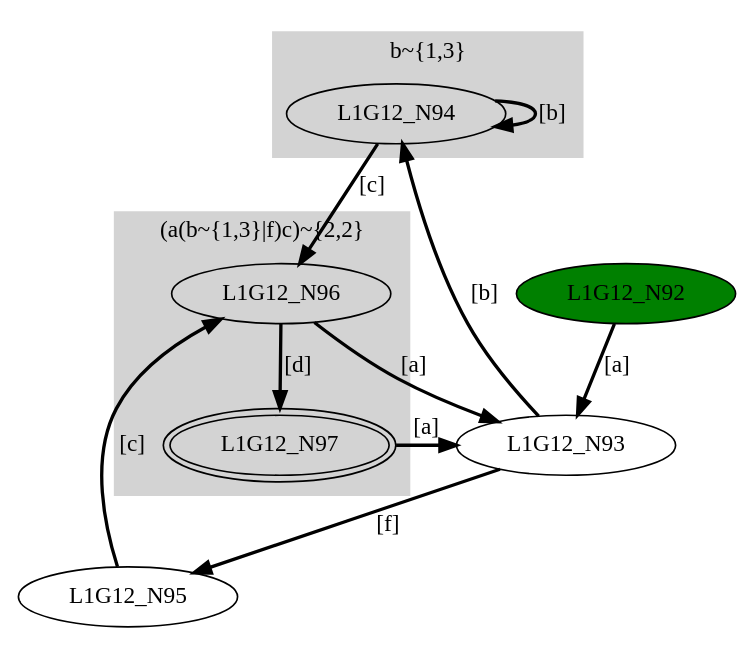
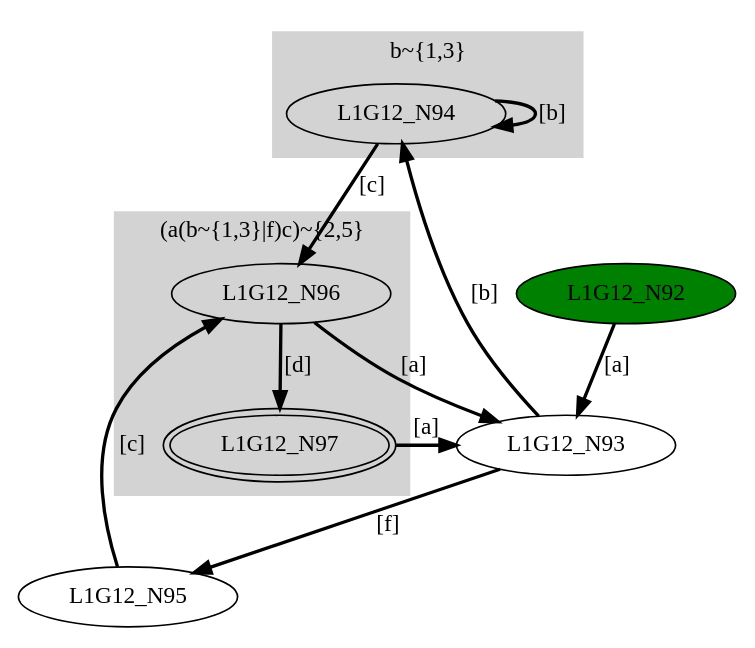
Before and after one commit to GDimitroulakos/EDUFLEX: the diagram in DFASimulator/Testbench/mergeDFA1.dot, drawn with Graphviz. The commit also changed 21 other files, not shown here.

```diff
--- a/DFASimulator/Testbench/mergeDFA1.dot
+++ b/DFASimulator/Testbench/mergeDFA1.dot
@@ -1,29 +1,29 @@
 digraph G12{
 	subgraph cluster0 {
 		node [style=filled];
 		style=filled;
 		color=lightgrey;
 		label ="b~{1,3}";
 		L1G12_N94;
 	}	subgraph cluster1 {
 		node [style=filled];
 		style=filled;
 		color=lightgrey;
-		label ="(a(b~{1,3}|f)c)~{2,2}";
+		label ="(a(b~{1,3}|f)c)~{2,5}";
 		L1G12_N96;L1G12_N97;
 	}"L1G12_N92" [style=filled,fillcolor=green];
 "L1G12_N93";
 "L1G12_N94";
 "L1G12_N95";
 "L1G12_N96";
 "L1G12_N97" [peripheries=2];
 "L1G12_N92"->"L1G12_N93" [style = bold, label = "[a]"];
 "L1G12_N93"->"L1G12_N94" [style = bold, label = "[b]"];
 "L1G12_N93"->"L1G12_N95" [style = bold, label = "[f]"];
 "L1G12_N94"->"L1G12_N94" [style = bold, label = "[b]"];
 "L1G12_N94"->"L1G12_N96" [style = bold, label = "[c]"];
 "L1G12_N95"->"L1G12_N96" [style = bold, label = "[c]"];
 "L1G12_N96"->"L1G12_N93" [style = bold, label = "[a]"];
 "L1G12_N96"->"L1G12_N97" [style = bold, label = "[d]"];
 "L1G12_N97"->"L1G12_N93" [style = bold, label = "[a]"];
 }
```
